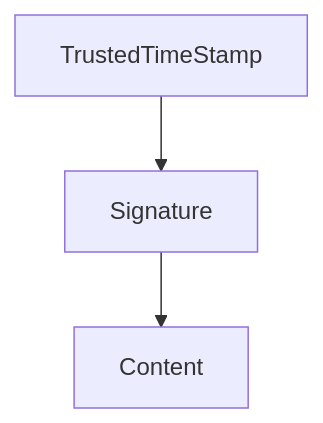
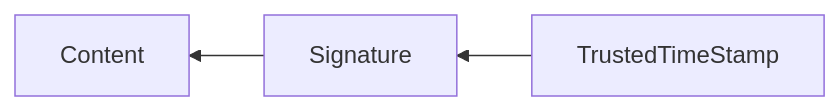
The diagram in notes/dweb/workshop1.md (sergey-shandar/public), drawn with Mermaid before and after one commit.

````diff
--- a/notes/dweb/workshop1.md
+++ b/notes/dweb/workshop1.md
@@ -78,4 +78,4 @@
 ```mermaid
-graph TD
+graph RL
     TrustedTimeStamp --> Signature --> Content
 ```
````
